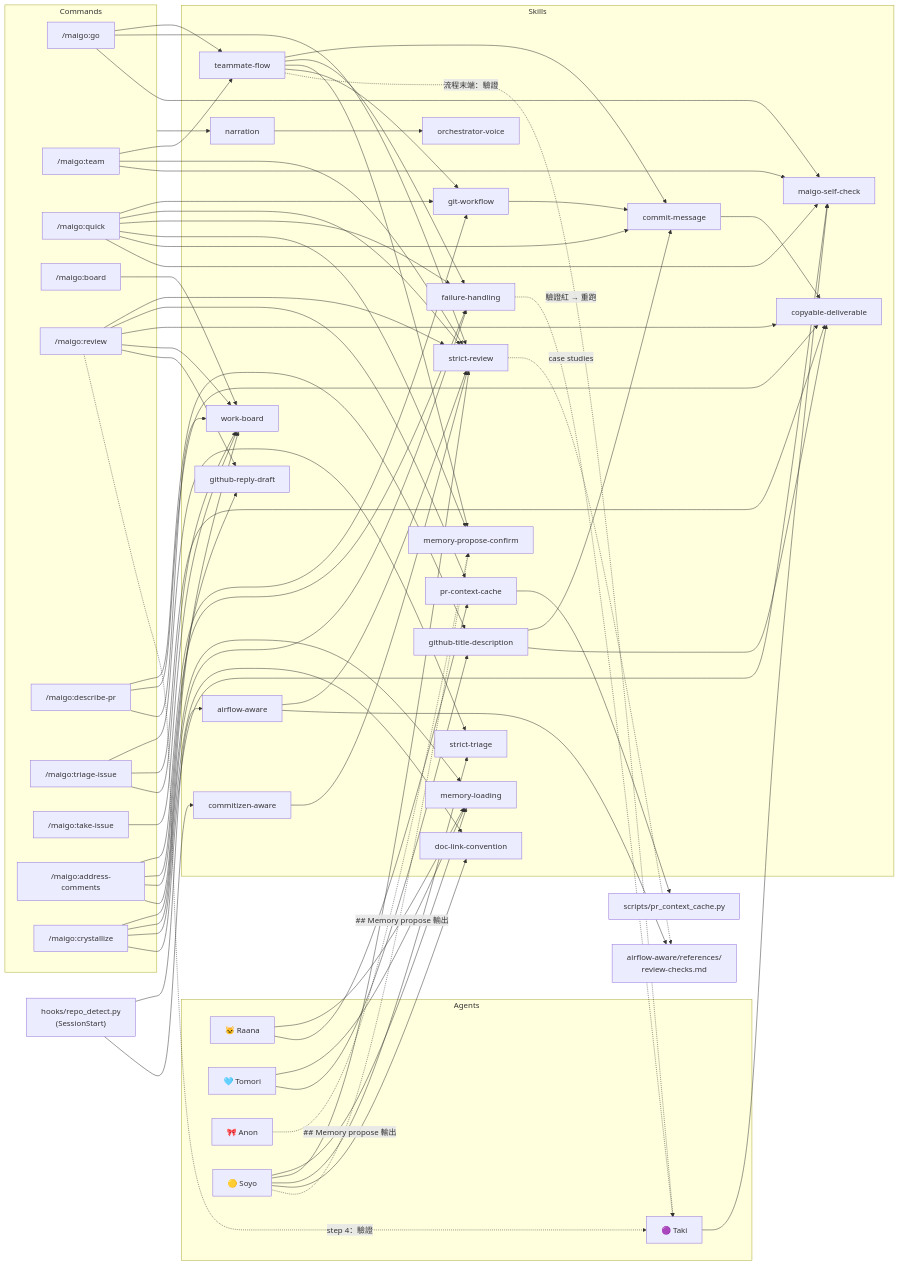
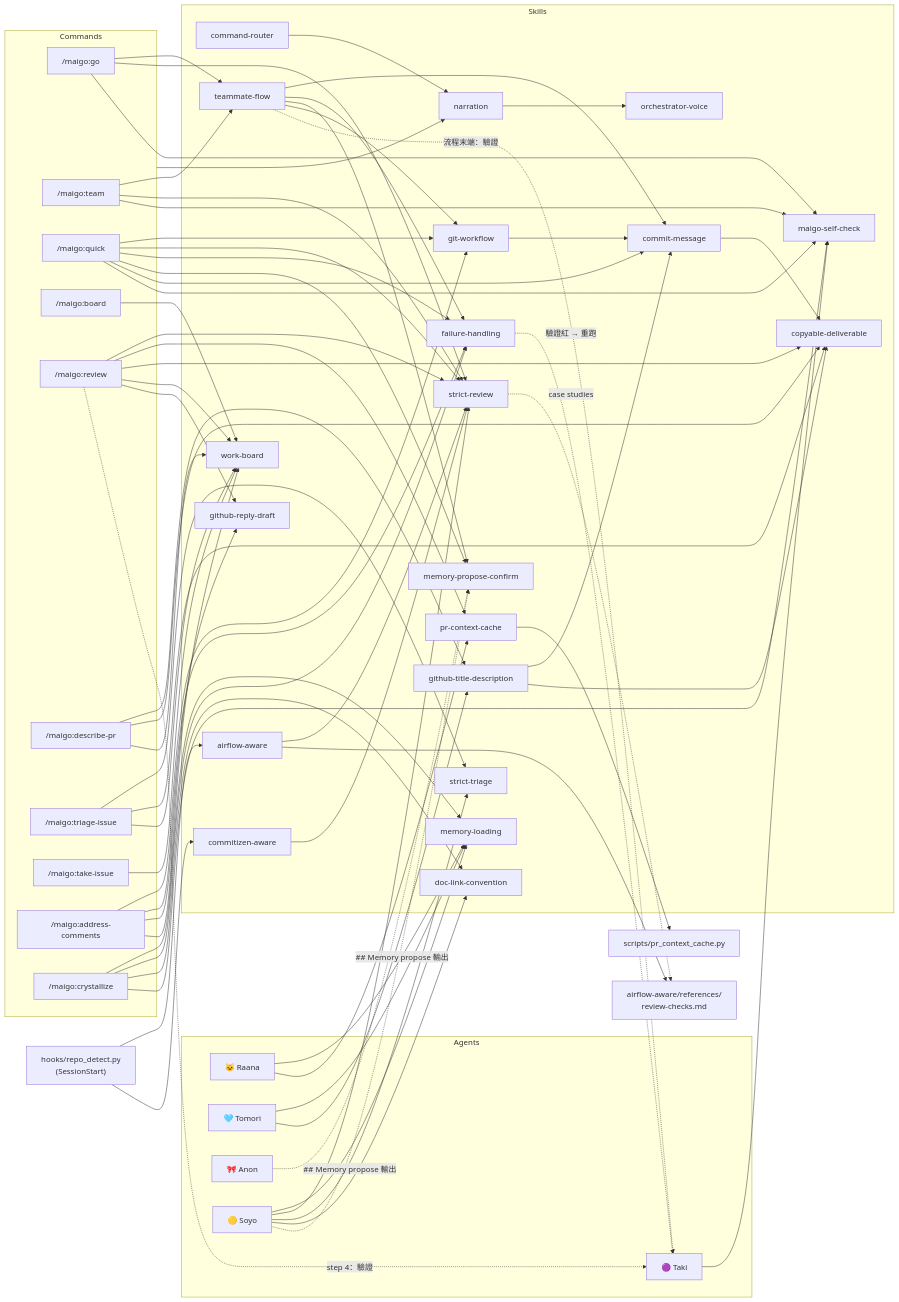
The diagram in docs/reference/skills.md (Lee-W/maigo), drawn with Mermaid before and after one commit. The commit also changed other lines of this file and 9 other files, not shown here.

```diff
--- a/docs/reference/skills.md
+++ b/docs/reference/skills.md
@@ -84,6 +85,7 @@
     repo_detect["hooks/repo_detect.py<br/>(SessionStart)"]
 
     subgraph Skills
+        command_router["command-router"]
         teammate_flow["teammate-flow"]
         narration_s["narration"]
         orchestrator_voice["orchestrator-voice"]
@@ -109,6 +111,7 @@
     pr_cache_script["scripts/pr_context_cache.py"]
 
     Commands --> narration_s
+    command_router --> narration_s
     narration_s --> orchestrator_voice
 
     go --> teammate_flow
```
